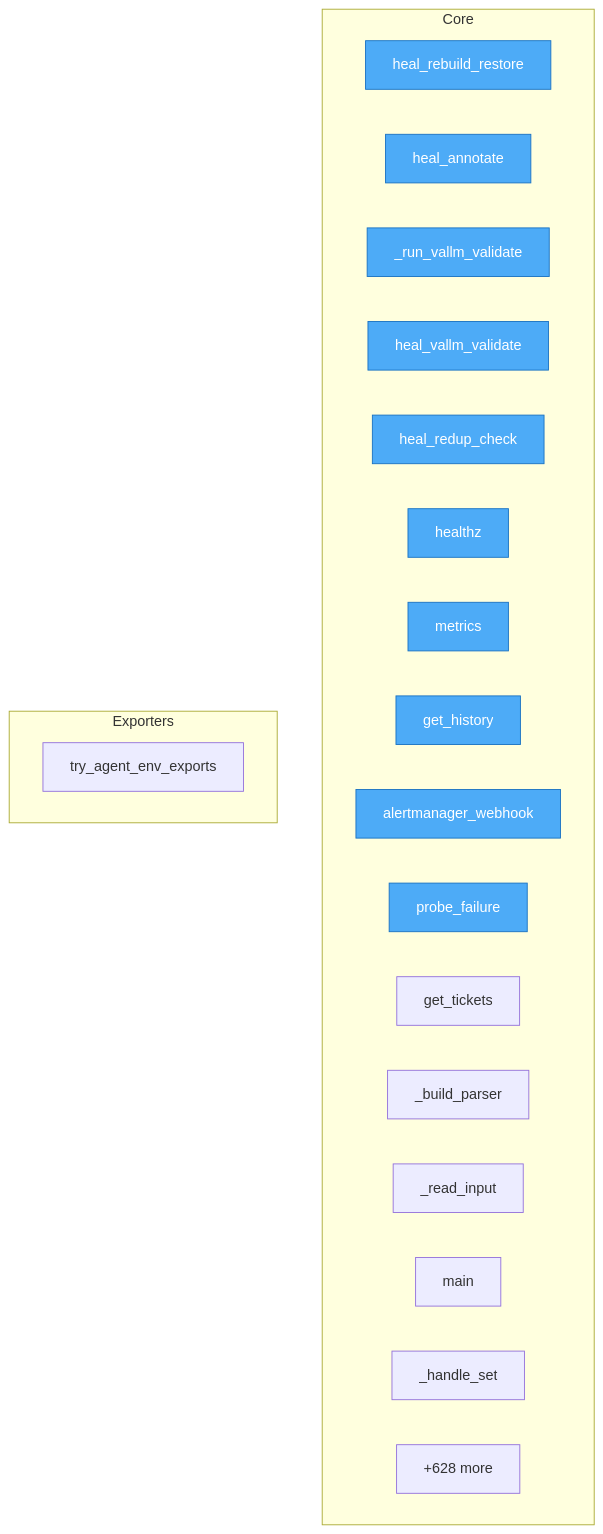
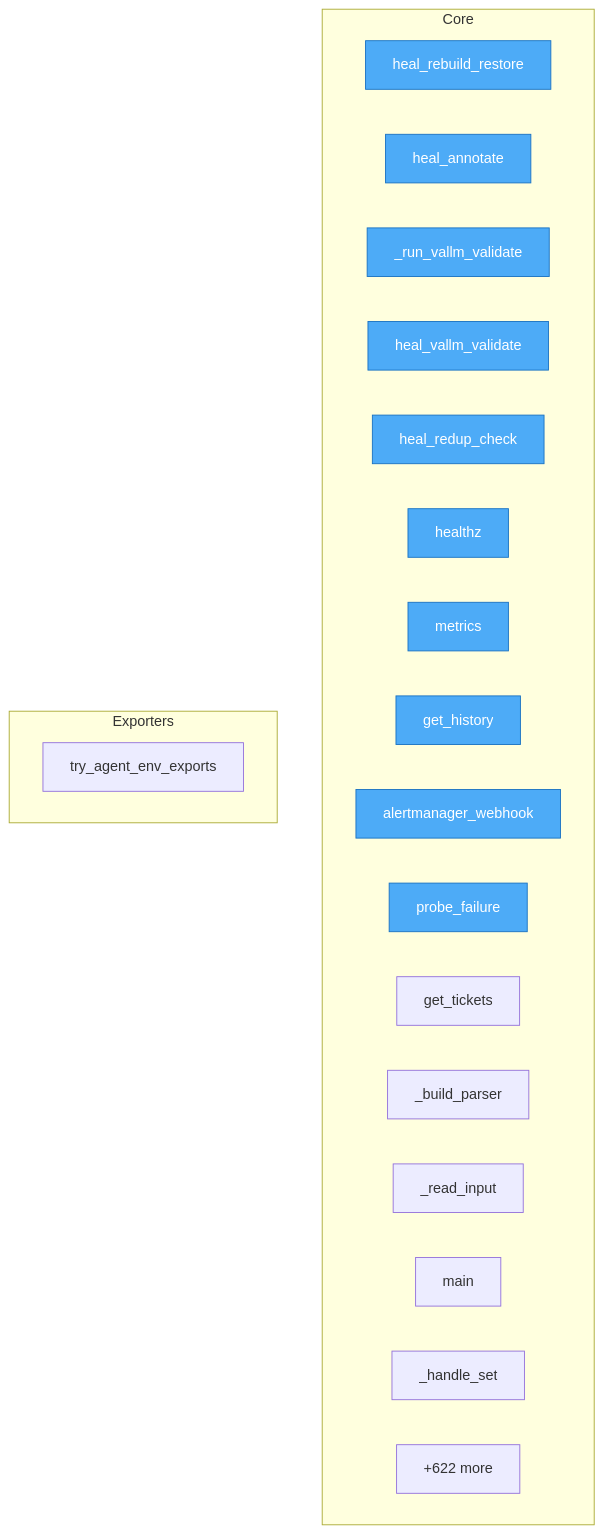
Before and after one commit to semcod/koru: the diagram in project/flow.mmd, drawn with Mermaid. The commit also changed 34 other files, not shown here.

```diff
--- a/project/flow.mmd
+++ b/project/flow.mmd
@@ -1,30 +1,30 @@
 flowchart TD
-%% generated in 0.08s
+%% generated in 0.15s
 
     %% Entry points (blue)
     classDef entry fill:#4dabf7,stroke:#1971c2,color:#fff
 
     subgraph Core
         services__healing_webhook__app__heal_rebuild_restore["heal_rebuild_restore"]
         services__healing_webhook__app__heal_annotate["heal_annotate"]
         services__healing_webhook__app___run_vallm_validate["_run_vallm_validate"]
         services__healing_webhook__app__heal_vallm_validate["heal_vallm_validate"]
         services__healing_webhook__app__heal_redup_check["heal_redup_check"]
         services__healing_webhook__app__healthz["healthz"]
         services__healing_webhook__app__metrics["metrics"]
         services__healing_webhook__app__get_history["get_history"]
         services__healing_webhook__app__alertmanager_webhook["alertmanager_webhook"]
         services__healing_webhook__app__probe_failure["probe_failure"]
         services__healing_webhook__app__get_tickets["get_tickets"]
         src__korudsl__cli___build_parser["_build_parser"]
         src__korudsl__cli___read_input["_read_input"]
         src__korudsl__cli__main["main"]
         src__korudsl__library___handle_set["_handle_set"]
-        ...["+628 more"]
+        ...["+622 more"]
     end
 
     subgraph Exporters
         src__koru__agent_cli_helpers__try_agent_env_exports["try_agent_env_exports"]
     end
 
     class services__healing_webhook__app__heal_rebuild_restore,services__healing_webhook__app__heal_annotate,services__healing_webhook__app___run_vallm_validate,services__healing_webhook__app__heal_vallm_validate,services__healing_webhook__app__heal_redup_check,services__healing_webhook__app__healthz,services__healing_webhook__app__metrics,services__healing_webhook__app__get_history,services__healing_webhook__app__alertmanager_webhook,services__healing_webhook__app__probe_failure entry
```
